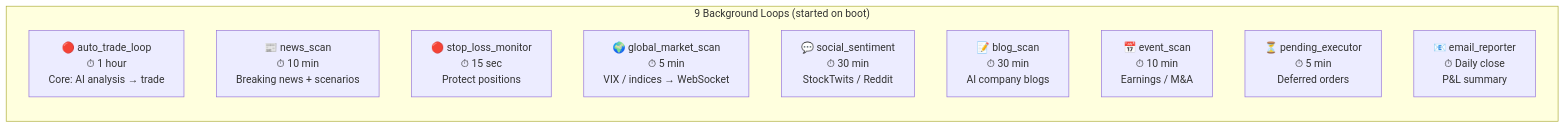
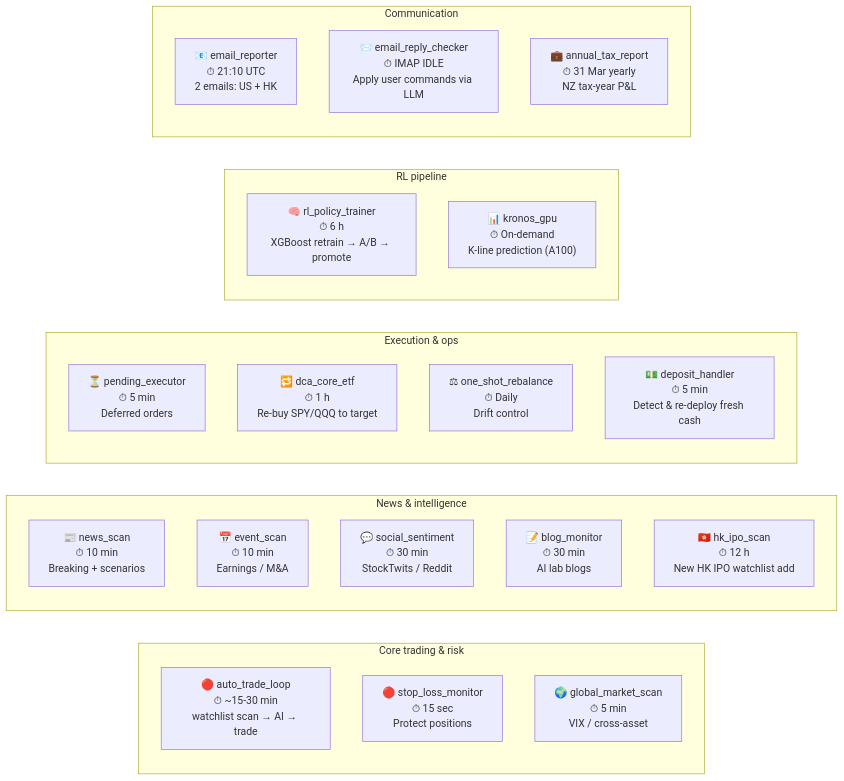
One commit to 14H034160212/AlphaTrader changed the fourth of 5 diagrams in README.md. Above: the diagram before and after it, drawn with Mermaid. The commit also changed other lines of this file, not shown here.

First line of the commit message:
docs: README — May 2026 update (HK trading, P0 parser, catalyst engine, .env secrets)

````diff
--- a/README.md
+++ b/README.md
@@ -187,14 +202,30 @@
 ```mermaid
 graph LR
-    subgraph LOOPS["9 Background Loops (started on boot)"]
-        L1["🔴 auto_trade_loop<br/>⏱ 1 hour<br/>Core: AI analysis → trade"]
-        L2["📰 news_scan<br/>⏱ 10 min<br/>Breaking news + scenarios"]
-        L3["🔴 stop_loss_monitor<br/>⏱ 15 sec<br/>Protect positions"]
-        L4["🌍 global_market_scan<br/>⏱ 5 min<br/>VIX / indices → WebSocket"]
-        L5["💬 social_sentiment<br/>⏱ 30 min<br/>StockTwits / Reddit"]
-        L6["📝 blog_scan<br/>⏱ 30 min<br/>AI company blogs"]
-        L7["📅 event_scan<br/>⏱ 10 min<br/>Earnings / M&A"]
-        L8["⏳ pending_executor<br/>⏱ 5 min<br/>Deferred orders"]
-        L9["📧 email_reporter<br/>⏱ Daily close<br/>P&L summary"]
+    subgraph CORE["Core trading & risk"]
+        L1["🔴 auto_trade_loop<br/>⏱ ~15-30 min<br/>watchlist scan → AI → trade"]
+        L2["🔴 stop_loss_monitor<br/>⏱ 15 sec<br/>Protect positions"]
+        L3["🌍 global_market_scan<br/>⏱ 5 min<br/>VIX / cross-asset"]
+    end
+    subgraph INTEL["News & intelligence"]
+        N1["📰 news_scan<br/>⏱ 10 min<br/>Breaking + scenarios"]
+        N2["📅 event_scan<br/>⏱ 10 min<br/>Earnings / M&A"]
+        N3["💬 social_sentiment<br/>⏱ 30 min<br/>StockTwits / Reddit"]
+        N4["📝 blog_monitor<br/>⏱ 30 min<br/>AI lab blogs"]
+        N5["🇭🇰 hk_ipo_scan<br/>⏱ 12 h<br/>New HK IPO watchlist add"]
+    end
+    subgraph EXEC["Execution & ops"]
+        E1["⏳ pending_executor<br/>⏱ 5 min<br/>Deferred orders"]
+        E2["🔁 dca_core_etf<br/>⏱ 1 h<br/>Re-buy SPY/QQQ to target"]
+        E3["⚖ one_shot_rebalance<br/>⏱ Daily<br/>Drift control"]
+        E4["💵 deposit_handler<br/>⏱ 5 min<br/>Detect & re-deploy fresh cash"]
+    end
+    subgraph RL["RL pipeline"]
+        R1["🧠 rl_policy_trainer<br/>⏱ 6 h<br/>XGBoost retrain → A/B → promote"]
+        R2["📊 kronos_gpu<br/>⏱ On-demand<br/>K-line prediction (A100)"]
+    end
+    subgraph COMM["Communication"]
+        C1["📧 email_reporter<br/>⏱ 21:10 UTC<br/>2 emails: US + HK"]
+        C2["📨 email_reply_checker<br/>⏱ IMAP IDLE<br/>Apply user commands via LLM"]
+        C3["💼 annual_tax_report<br/>⏱ 31 Mar yearly<br/>NZ tax-year P&L"]
     end
 ```
````
